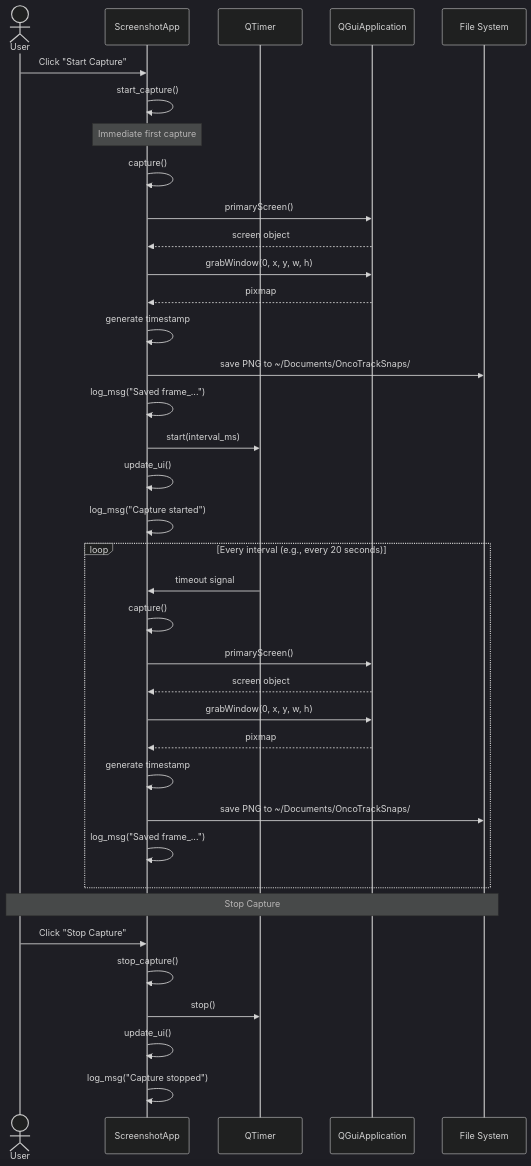
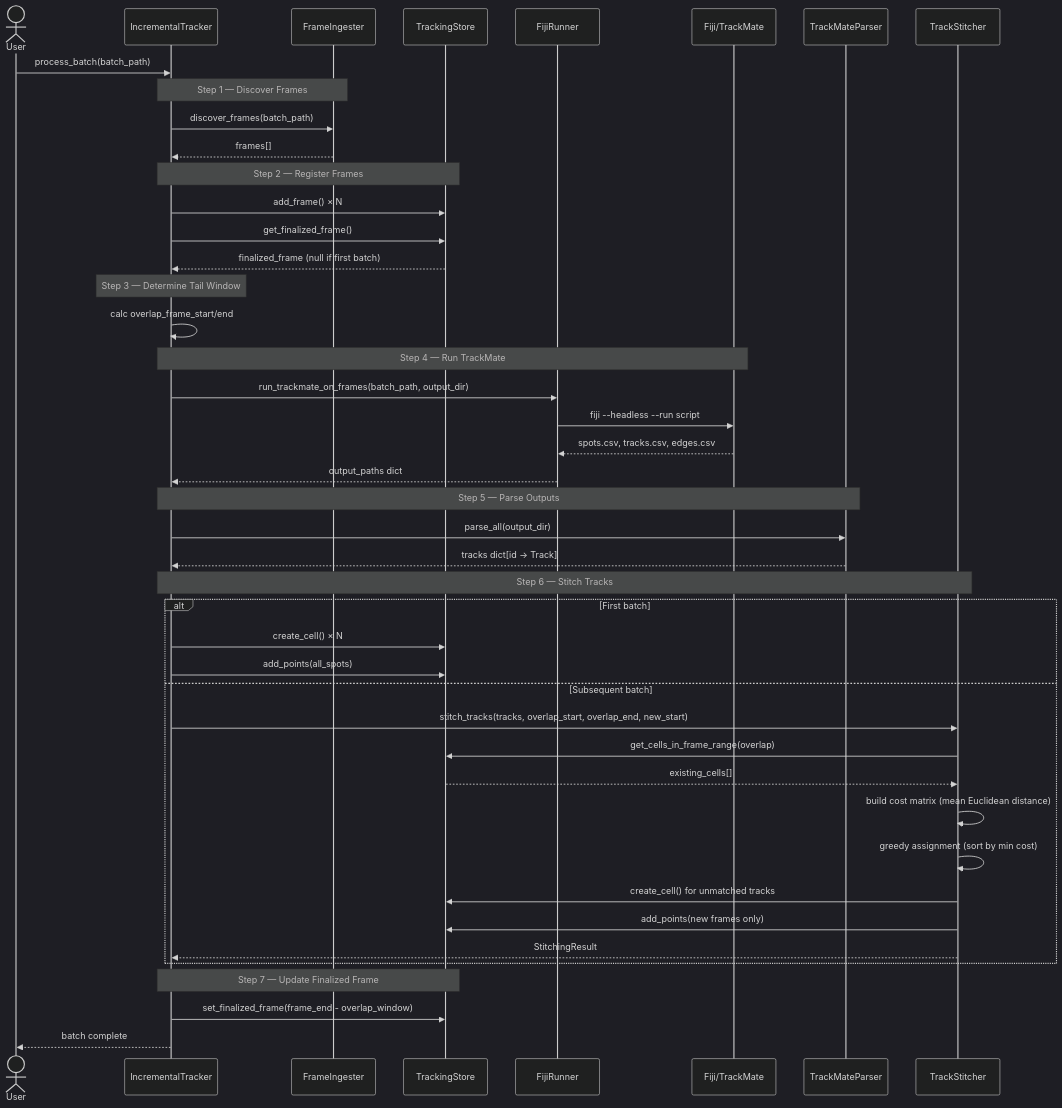
The fourth of 4 diagrams in docs/UML_DIAGRAMS.md (BlueRogue12/oncoTrack), drawn with Mermaid (dark theme) before and after one commit. The commit also changed other lines of this file and 1 other file, not shown here.

Commit message:
Updated UML diagrams to match current state of project

````diff
--- a/docs/UML_DIAGRAMS.md
+++ b/docs/UML_DIAGRAMS.md
@@ -205,44 +307,55 @@
 ```mermaid
 sequenceDiagram
     actor User
-    participant UI as ScreenshotApp
-    participant Timer as QTimer
-    participant Screen as QGuiApplication
-    participant FS as File System
+    participant ORC as IncrementalTracker
+    participant FI as FrameIngester
+    participant DB as TrackingStore
+    participant FR as FijiRunner
+    participant TM as Fiji/TrackMate
+    participant TMP as TrackMateParser
+    participant TS as TrackStitcher
 
-    User->>UI: Click "Start Capture"
-    UI->>UI: start_capture()
-    
-    Note over UI: Immediate first capture
-    UI->>UI: capture()
-    UI->>Screen: primaryScreen()
-    Screen-->>UI: screen object
-    UI->>Screen: grabWindow(0, x, y, w, h)
-    Screen-->>UI: pixmap
-    UI->>UI: generate timestamp
-    UI->>FS: save PNG to ~/Documents/OncoTrackSnaps/
-    UI->>UI: log_msg("Saved frame_...")
-    
-    UI->>Timer: start(interval_ms)
-    UI->>UI: update_ui()
-    UI->>UI: log_msg("Capture started")
-    
-    loop Every interval (e.g., every 20 seconds)
-        Timer->>UI: timeout signal
-        UI->>UI: capture()
-        UI->>Screen: primaryScreen()
-        Screen-->>UI: screen object
-        UI->>Screen: grabWindow(0, x, y, w, h)
-        Screen-->>UI: pixmap
-        UI->>UI: generate timestamp
-        UI->>FS: save PNG to ~/Documents/OncoTrackSnaps/
-        UI->>UI: log_msg("Saved frame_...")
+    User->>ORC: process_batch(batch_path)
+
+    Note over ORC,FI: Step 1 — Discover Frames
+    ORC->>FI: discover_frames(batch_path)
+    FI-->>ORC: frames[]
+
+    Note over ORC,DB: Step 2 — Register Frames
+    ORC->>DB: add_frame() × N
+    ORC->>DB: get_finalized_frame()
+    DB-->>ORC: finalized_frame (null if first batch)
+
+    Note over ORC: Step 3 — Determine Tail Window
+    ORC->>ORC: calc overlap_frame_start/end
+
+    Note over ORC,TM: Step 4 — Run TrackMate
+    ORC->>FR: run_trackmate_on_frames(batch_path, output_dir)
+    FR->>TM: fiji --headless --run script
+    TM-->>FR: spots.csv, tracks.csv, edges.csv
+    FR-->>ORC: output_paths dict
+
+    Note over ORC,TMP: Step 5 — Parse Outputs
+    ORC->>TMP: parse_all(output_dir)
+    TMP-->>ORC: tracks dict[id → Track]
+
+    Note over ORC,TS: Step 6 — Stitch Tracks
+    alt First batch
+        ORC->>DB: create_cell() × N
+        ORC->>DB: add_points(all_spots)
+    else Subsequent batch
+        ORC->>TS: stitch_tracks(tracks, overlap_start, overlap_end, new_start)
+        TS->>DB: get_cells_in_frame_range(overlap)
+        DB-->>TS: existing_cells[]
+        TS->>TS: build cost matrix (mean Euclidean distance)
+        TS->>TS: greedy assignment (sort by min cost)
+        TS->>DB: create_cell() for unmatched tracks
+        TS->>DB: add_points(new frames only)
+        TS-->>ORC: StitchingResult
     end
-    
-    Note over User,FS: Stop Capture
-    User->>UI: Click "Stop Capture"
-    UI->>UI: stop_capture()
-    UI->>Timer: stop()
-    UI->>UI: update_ui()
-    UI->>UI: log_msg("Capture stopped")
+
+    Note over ORC,DB: Step 7 — Update Finalized Frame
+    ORC->>DB: set_finalized_frame(frame_end - overlap_window)
+
+    ORC-->>User: batch complete
 ```
````
